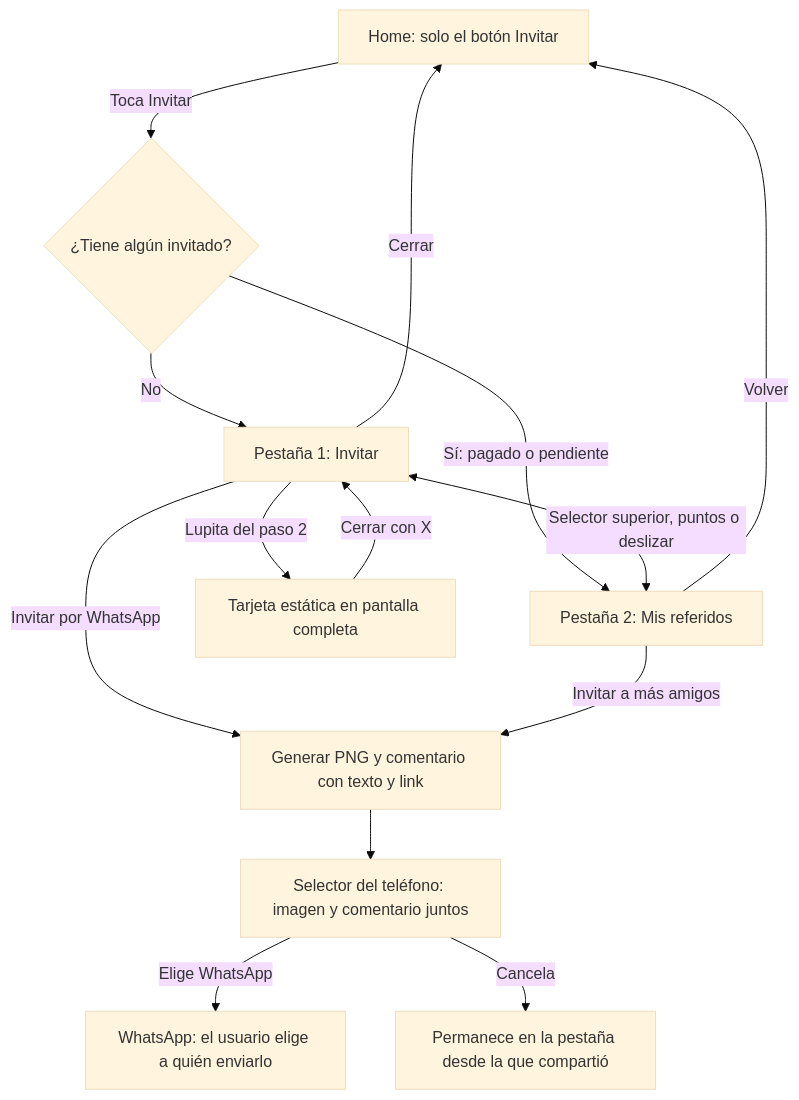
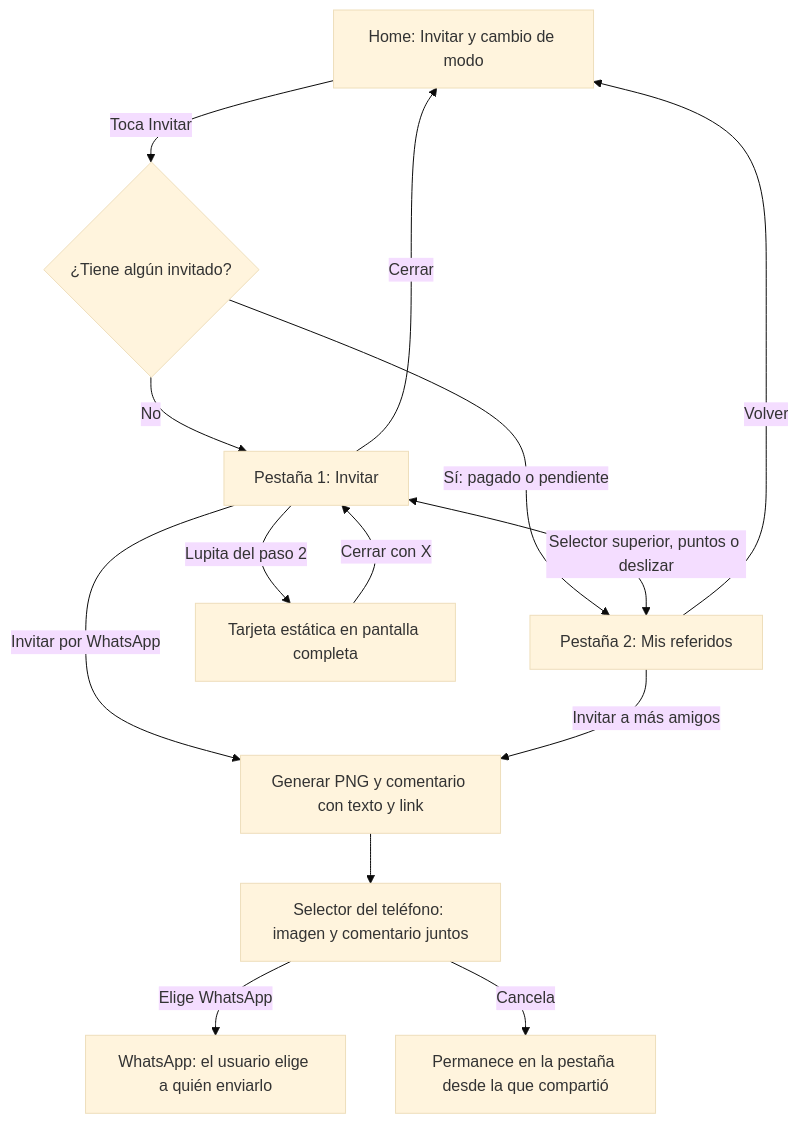
One commit to oscarmiranda90/tuturno-referidos-mini changed the first of 2 diagrams in README.md. Above: the diagram before and after it, drawn with Mermaid (base theme). The commit also changed other lines of this file and 10 other files, not shown here.

````diff
--- a/README.md
+++ b/README.md
@@ -37,16 +55,16 @@
 ```mermaid
 flowchart TD
-    H["Home: solo el botón Invitar"] -->|Toca Invitar| C{"¿Tiene algún invitado?"}
+    H["Home: Invitar y cambio de modo"] -->|Toca Invitar| C{"¿Tiene algún invitado?"}
     C -->|No| I["Pestaña 1: Invitar"]
     C -->|Sí: pagado o pendiente| R["Pestaña 2: Mis referidos"]
     I <-->|Selector superior, puntos o deslizar| R["Pestaña 2: Mis referidos"]
     I -->|Lupita del paso 2| P["Tarjeta estática en pantalla completa"]
     P -->|Cerrar con X| I
     I -->|Invitar por WhatsApp| G["Generar PNG y comentario con texto y link"]
     R -->|Invitar a más amigos| G
     G --> S["Selector del teléfono: imagen y comentario juntos"]
     S -->|Elige WhatsApp| W["WhatsApp: el usuario elige a quién enviarlo"]
     S -->|Cancela| V["Permanece en la pestaña desde la que compartió"]
     I -->|Cerrar| H
     R -->|Volver| H
 ```
````
